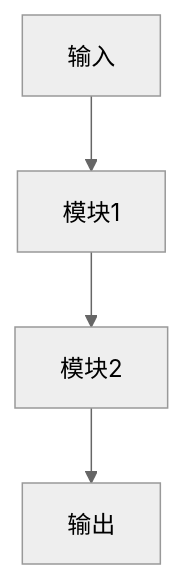
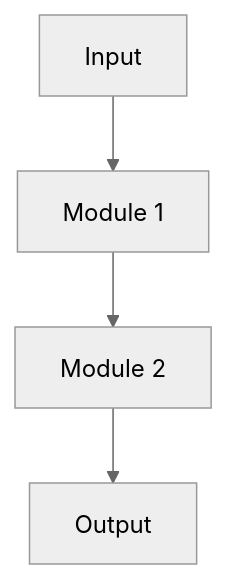
One commit to Easonnoway/obsidian-idea-kb changed the diagram in templates/Template - Idea.md. Above: the diagram before and after it, drawn with Mermaid (neutral theme). The commit also changed other lines of this file and 14 other files, not shown here.

````diff
--- a/templates/Template - Idea.md
+++ b/templates/Template - Idea.md
@@ -42,6 +41,6 @@
 ```mermaid
 flowchart TD
-    A[输入] --> B[模块1]
-    B --> C[模块2]
-    C --> D[输出]
+    A[Input] --> B[Module 1]
+    B --> C[Module 2]
+    C --> D[Output]
 ```
````
